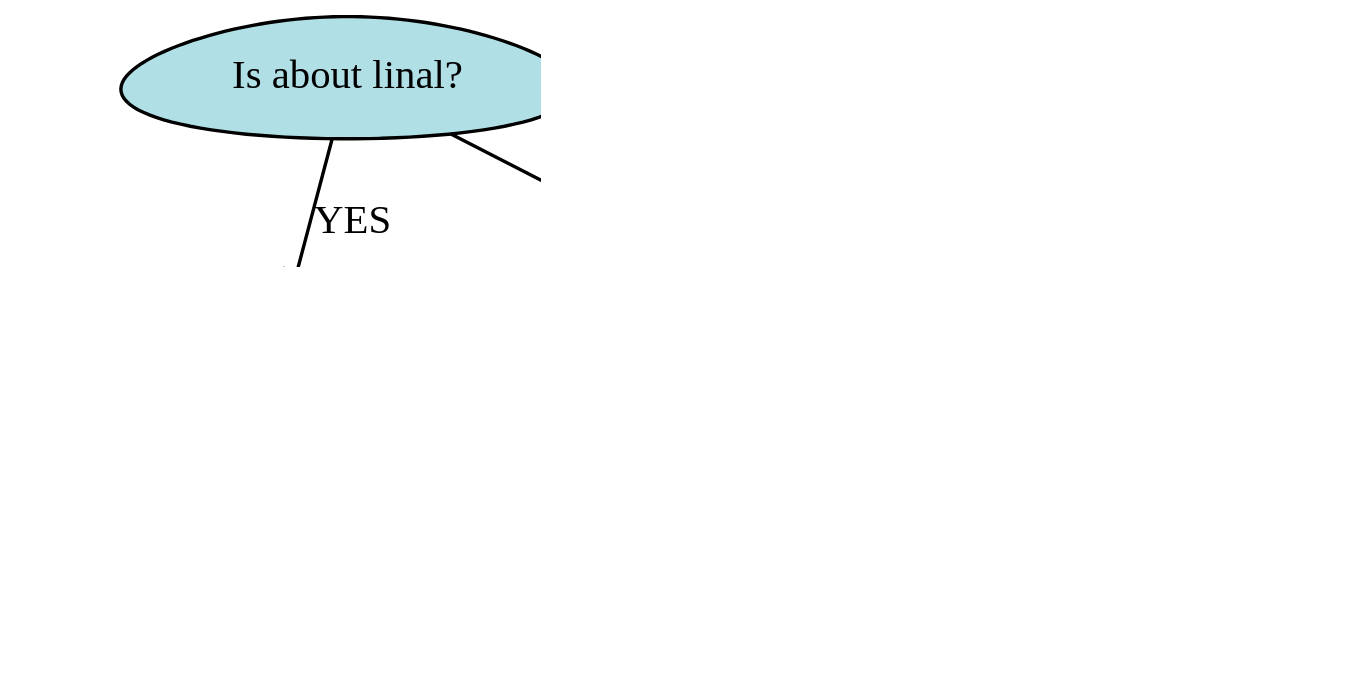
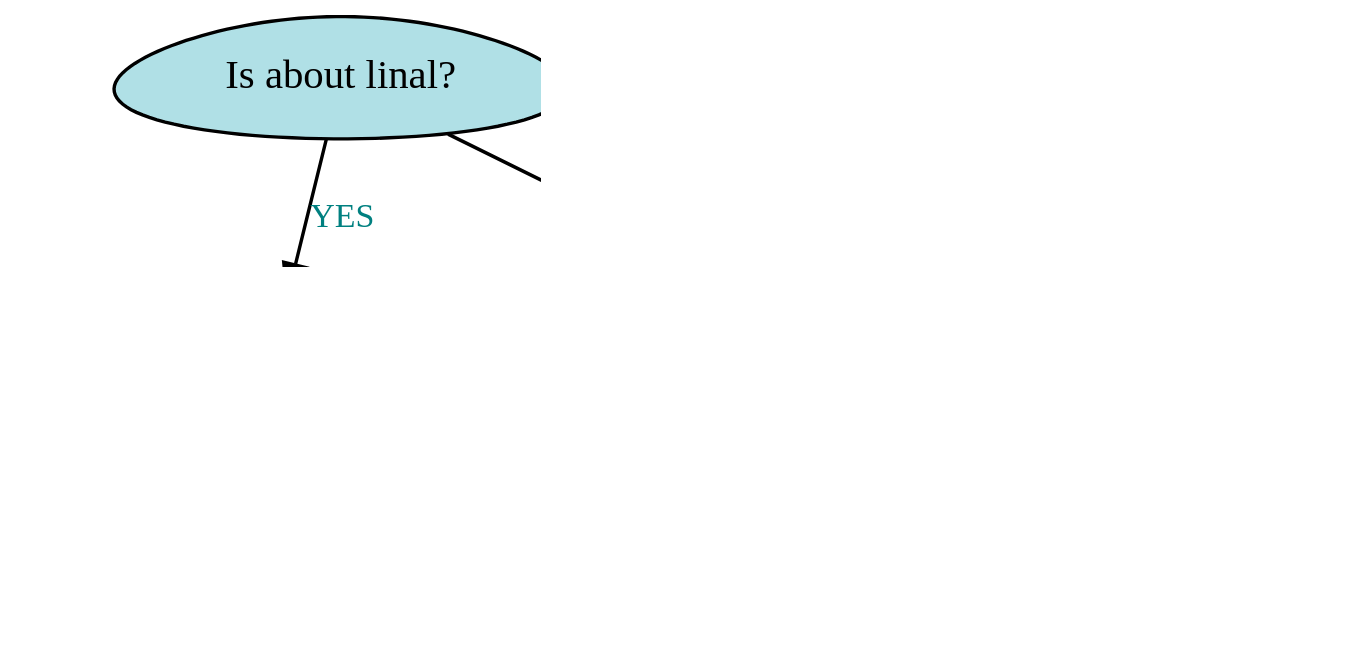
The diagram in sources/dump/dump_tree.dot (BileyHarryCopter/Genie_of_Akinator), drawn with Graphviz before and after one commit. The commit also changed 3 other files, not shown here.

```diff
--- a/sources/dump/dump_tree.dot
+++ b/sources/dump/dump_tree.dot
@@ -1,22 +1,22 @@
 digraph AKINATOR
 {
 	graph [dpi = 200];
 	rankdir = HR;
 
 	subgraph TREE
 	{
 		node [shape = egg, style = "filled", fillcolor = "bisque", fontcolor = "black", fontsize = 12];
-		edge [color = "black", fontcolor = "black", fontsize = 12, fontname = "Impact"];
+		edge [color = "black", fontcolor = "teal", fontsize = 10, fontname = "Impact"];
 
-		node_0x7fe261d05930 [label = "Is about linal?", fillcolor = "powderblue"];
-		node_0x7fe261d05950 [label = "Jordan's method"];
-		node_0x7fe261d05a10 [label = "Is about basketball?", fillcolor = "powderblue"];
-		node_0x7fe261d05a30 [label = "Jordan's jump"];
-		node_0x7fe261d05f30 [label = "Conditionable jump"];
+		node_0x7fb48b604090 [label = "Is about linal?", fillcolor = "powderblue"];
+		node_0x7fb48b6040b0 [label = "Jordan's method"];
+		node_0x7fb48b604170 [label = "Is about basketball?", fillcolor = "powderblue"];
+		node_0x7fb48b604190 [label = "Jordan's jump"];
+		node_0x7fb48b604690 [label = "Conditionable jump"];
 
-		node_0x7fe261d05930 -> node_0x7fe261d05950 [label = "YES"];
-		node_0x7fe261d05930 -> node_0x7fe261d05a10 [label = "NO"];
-		node_0x7fe261d05a10 -> node_0x7fe261d05a30 [label = "YES"];
-		node_0x7fe261d05a10 -> node_0x7fe261d05f30 [label = "NO"];
+		node_0x7fb48b604090 -> node_0x7fb48b6040b0 [label = "YES"];
+		node_0x7fb48b604090 -> node_0x7fb48b604170 [label = "NO"];
+		node_0x7fb48b604170 -> node_0x7fb48b604190 [label = "YES"];
+		node_0x7fb48b604170 -> node_0x7fb48b604690 [label = "NO"];
 	}
 }
```
